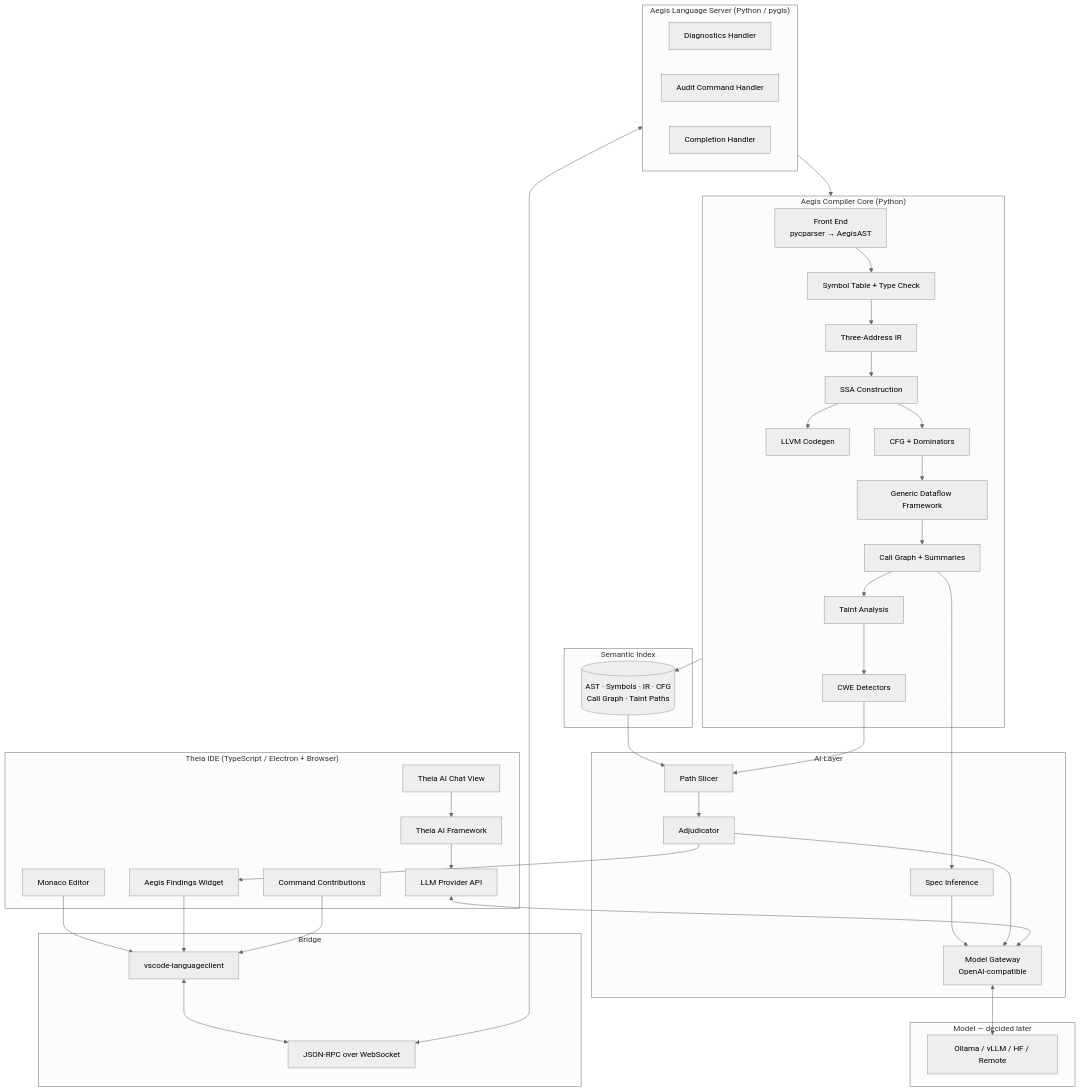
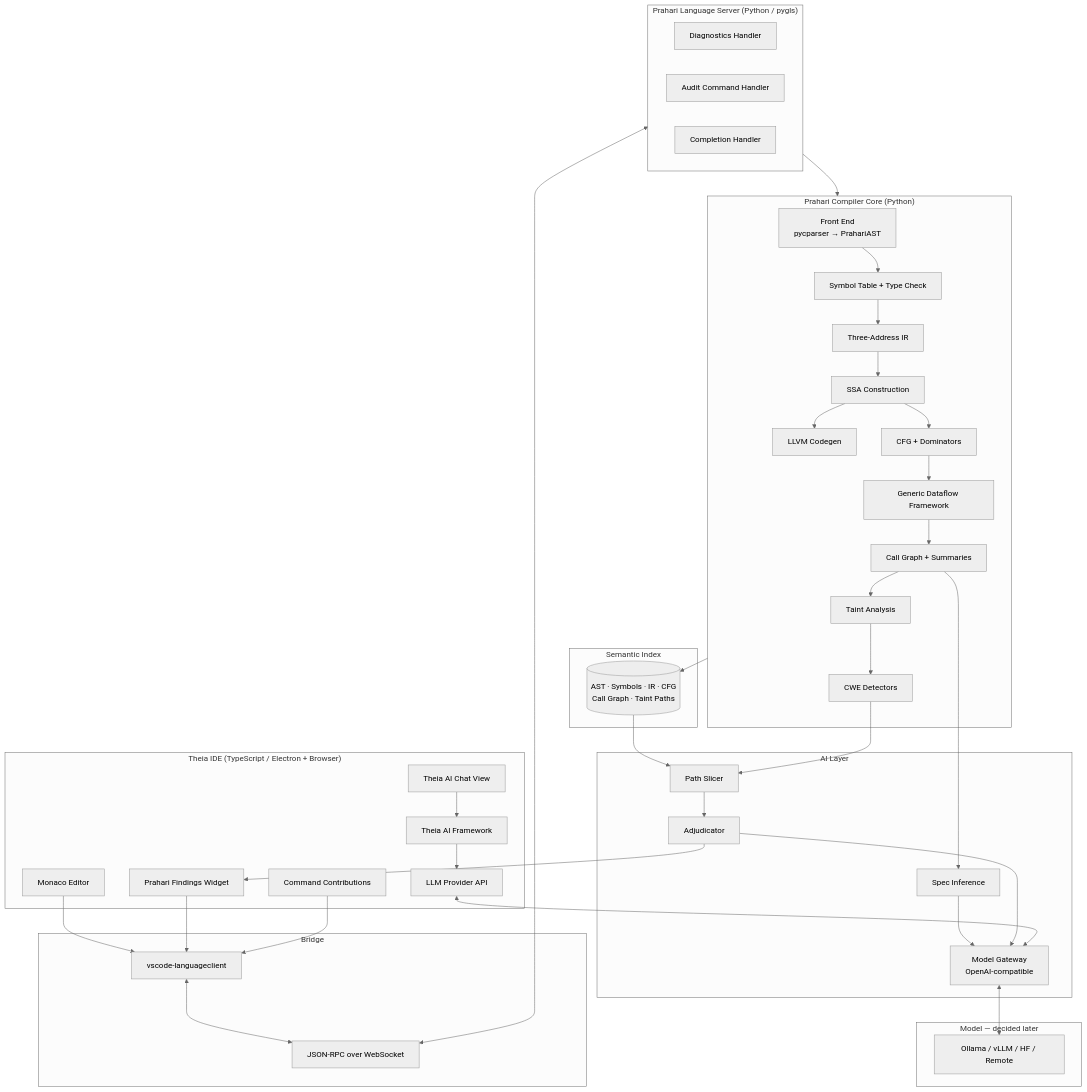
One commit to Divyakush2006/aegis changed the first of 2 diagrams in docs/planning/build-plan.md. Above: the diagram before and after it, drawn with Mermaid (neutral theme). The commit also changed other lines of this file and 172 other files, not shown here.

First line of the commit message:
Rename the project from Aegis to Prahari

````diff
--- a/docs/planning/build-plan.md
+++ b/docs/planning/build-plan.md
@@ -176,72 +176,72 @@
 ```mermaid
 graph TB
     subgraph TH["Theia IDE (TypeScript / Electron + Browser)"]
         MON[Monaco Editor]
-        FW[Aegis Findings Widget]
+        FW[Prahari Findings Widget]
         CH[Theia AI Chat View]
         CMD[Command Contributions]
         TAI[Theia AI Framework]
         LLMP[LLM Provider API]
     end
 
     subgraph BR["Bridge"]
         LC[vscode-languageclient]
         WS[JSON-RPC over WebSocket]
     end
 
-    subgraph LS["Aegis Language Server (Python / pygls)"]
+    subgraph LS["Prahari Language Server (Python / pygls)"]
         H1[Diagnostics Handler]
         H2[Audit Command Handler]
         H3[Completion Handler]
     end
 
-    subgraph CC["Aegis Compiler Core (Python)"]
-        FE["Front End<br/>pycparser → AegisAST"]
+    subgraph CC["Prahari Compiler Core (Python)"]
+        FE["Front End<br/>pycparser → PrahariAST"]
         ST[Symbol Table + Type Check]
         IR[Three-Address IR]
         SSA[SSA Construction]
         CFG[CFG + Dominators]
         DF[Generic Dataflow Framework]
         CG[Call Graph + Summaries]
         TA[Taint Analysis]
         DET[CWE Detectors]
         GEN[LLVM Codegen]
     end
 
     subgraph SI["Semantic Index"]
         IDX[(AST · Symbols · IR · CFG<br/>Call Graph · Taint Paths)]
     end
 
     subgraph AI["AI Layer"]
         SL[Path Slicer]
         SP[Spec Inference]
         AD[Adjudicator]
         GW[Model Gateway<br/>OpenAI-compatible]
     end
 
     subgraph MD["Model — decided later"]
         M1[Ollama / vLLM / HF / Remote]
     end
 
     MON --> LC
     FW --> LC
     CMD --> LC
     LC <--> WS
     WS <--> LS
     LS --> CC
     FE --> ST --> IR --> SSA --> CFG --> DF
     DF --> CG --> TA --> DET
     SSA --> GEN
     CC --> IDX
     IDX --> SL
     DET --> SL
     SL --> AD
     CG --> SP
     SP --> GW
     AD --> GW
     GW <--> M1
     TAI --> LLMP
     LLMP <--> GW
     CH --> TAI
     AD --> FW
 ```
````
